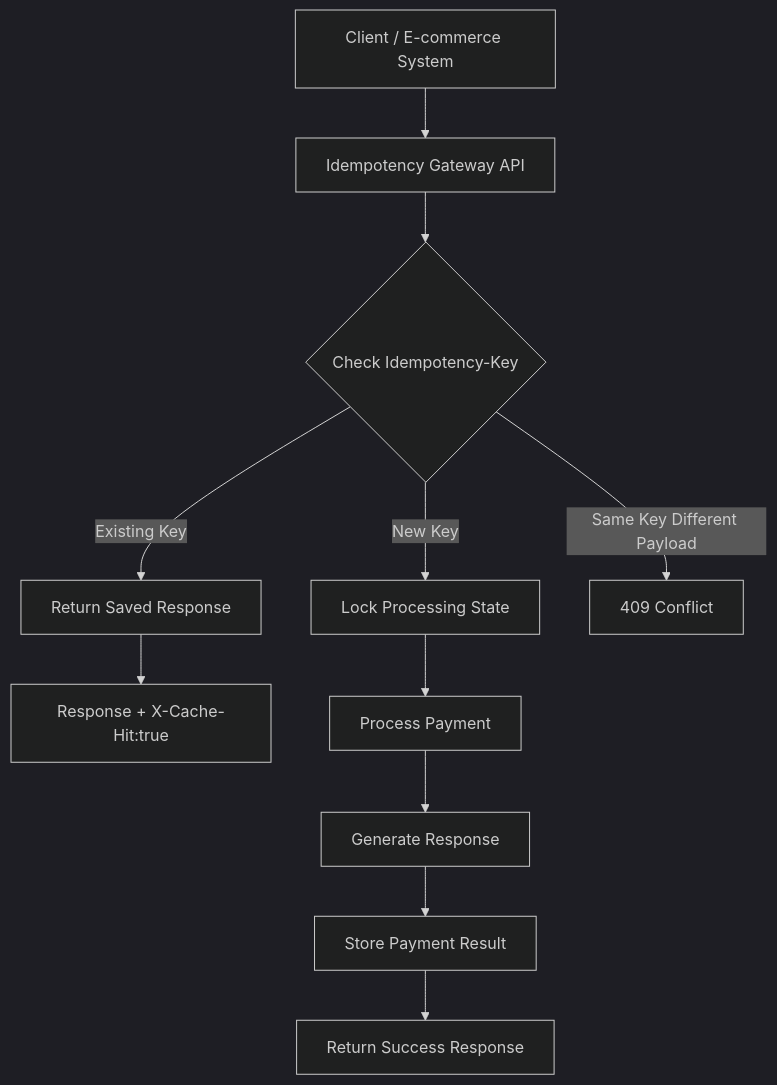
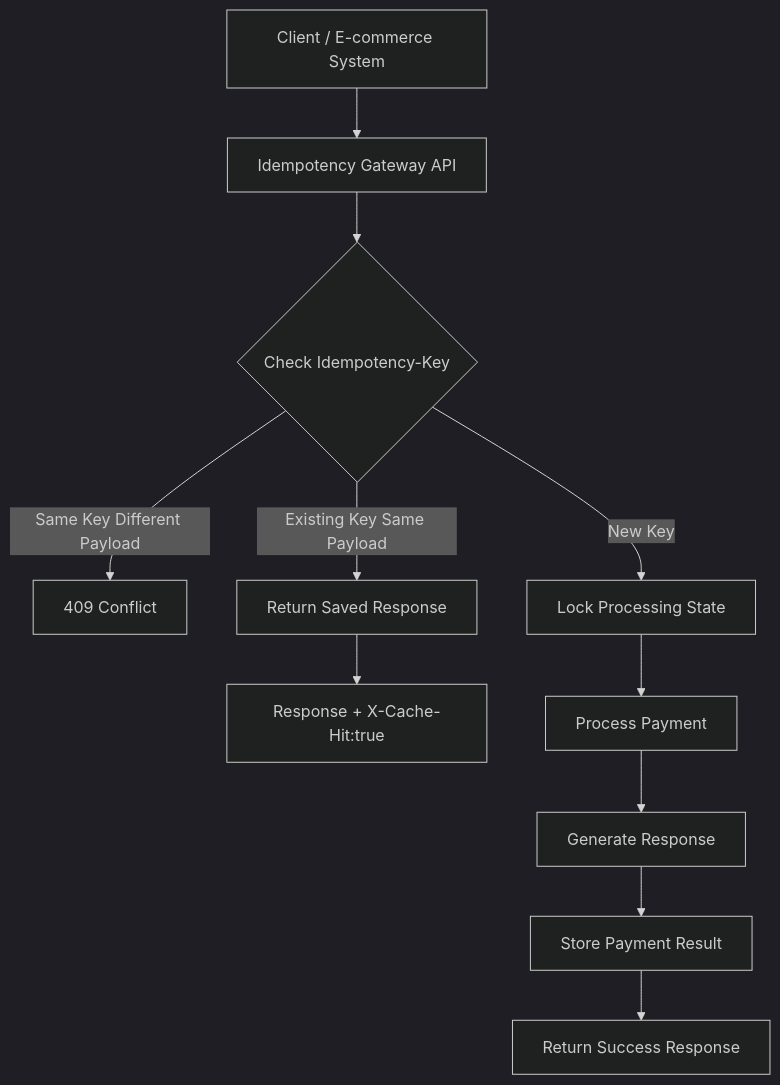
The first of 2 diagrams in README.md (oelshadai/Idempotency-Gateway), drawn with Mermaid (dark theme) before and after one commit. The commit also changed other lines of this file, not shown here.

Commit message:
docs: update README with live demo link and conflict detection fix

````diff
--- a/README.md
+++ b/README.md
@@ -40,23 +49,23 @@
 ```mermaid
 flowchart TD
 
 A[Client / E-commerce System] --> B[Idempotency Gateway API]
 
 B --> C{Check Idempotency-Key}
 
-C -->|Existing Key| D[Return Saved Response]
+C -->|Same Key Different Payload| K[409 Conflict]
+
+C -->|Existing Key Same Payload| D[Return Saved Response]
 
 D --> E[Response + X-Cache-Hit:true]
 
 C -->|New Key| F[Lock Processing State]
 
 F --> G[Process Payment]
 
 G --> H[Generate Response]
 
 H --> I[Store Payment Result]
 
 I --> J[Return Success Response]
-
-C -->|Same Key Different Payload| K[409 Conflict]
 ```
````
